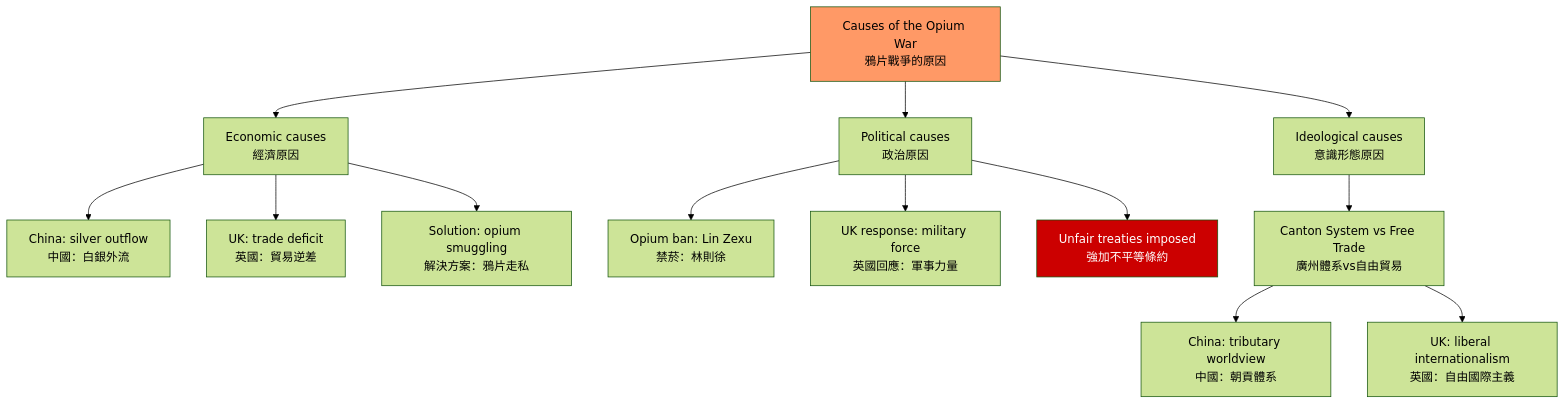
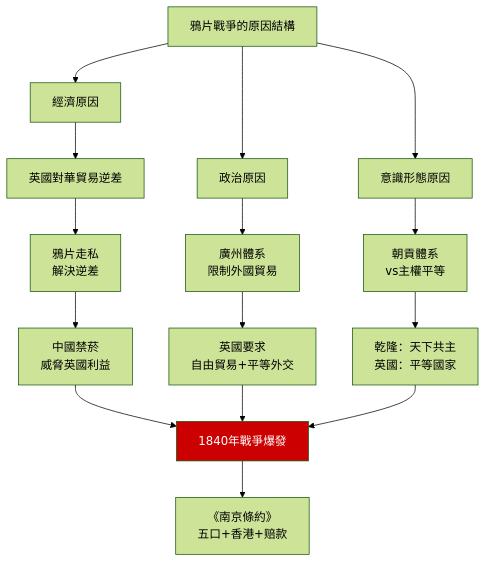
The ninth of 10 diagrams in 01_HKU_Courses/HIST2127_Qing_China_in_the_World.md (yip-lgtm/HKU-Harvard-History-Self-Study), drawn with Mermaid (forest theme) before and after one commit. The commit also changed other lines of this file and 5 other files, not shown here.

````diff
--- a/01_HKU_Courses/HIST2127_Qing_China_in_the_World.md
+++ b/01_HKU_Courses/HIST2127_Qing_China_in_the_World.md
@@ -140,21 +478,21 @@
 ```mermaid
 graph TD
-    A[Causes of the Opium War<br/>鴉片戰爭的原因] --> B[Economic causes<br/>經濟原因]
-    A --> C[Political causes<br/>政治原因]
-    A --> D[Ideological causes<br/>意識形態原因]
+    A[鴉片戰爭的原因結構] --> B[經濟原因]
+    A --> C[政治原因]
+    A --> D[意識形態原因]
     
-    B --> B1[China: silver outflow<br/>中國：白銀外流]
-    B --> B2[UK: trade deficit<br/>英國：貿易逆差]
-    B --> B3[Solution: opium smuggling<br/>解決方案：鴉片走私]
+    B --> B1[英國對華貿易逆差]
+    B1 --> B2[鴉片走私<br/>解決逆差]
+    B2 --> B3[中國禁菸<br/>威脅英國利益]
     
-    C --> C1[Opium ban: Lin Zexu<br/>禁菸：林則徐]
-    C --> C2[UK response: military force<br/>英國回應：軍事力量]
-    C --> C3[Unfair treaties imposed<br/>強加不平等條約]
+    C --> C1[廣州體系<br/>限制外國貿易]
+    C1 --> C2[英國要求<br/>自由貿易+平等外交]
     
-    D --> D1[Canton System vs Free Trade<br/>廣州體系vs自由貿易]
-    D1 --> D2[China: tributary worldview<br/>中國：朝貢體系]
-    D1 --> D3[UK: liberal internationalism<br/>英國：自由國際主義]
+    D --> D1[朝貢體系<br/>vs主權平等]
+    D1 --> D2[乾隆：天下共主<br/>英國：平等國家]
     
-    style A fill:#f96
-    style C3 fill:#c00,color:#fff
+    B3 & C2 & D2 --> E[1840年戰爭爆發]
+    E --> F[《南京條約》<br/>五口+香港+赔款]
+    
+    style E fill:#c00,color:#fff
 ```
````
